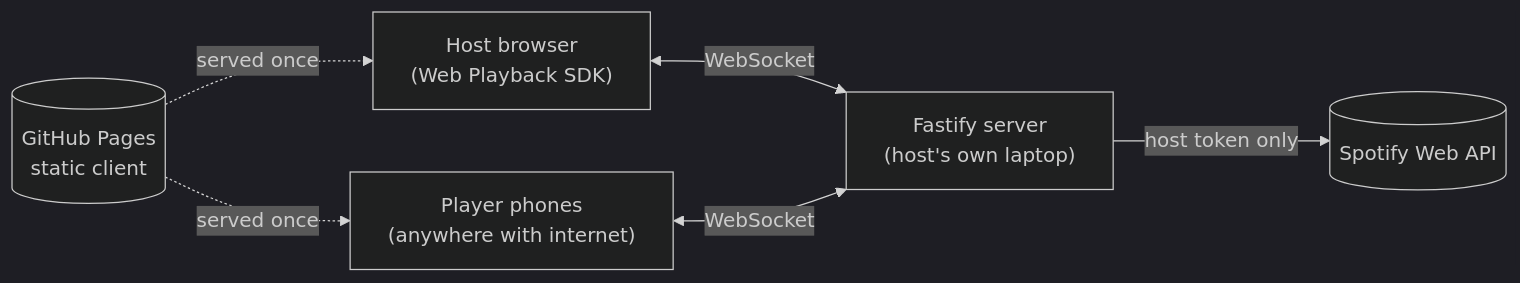
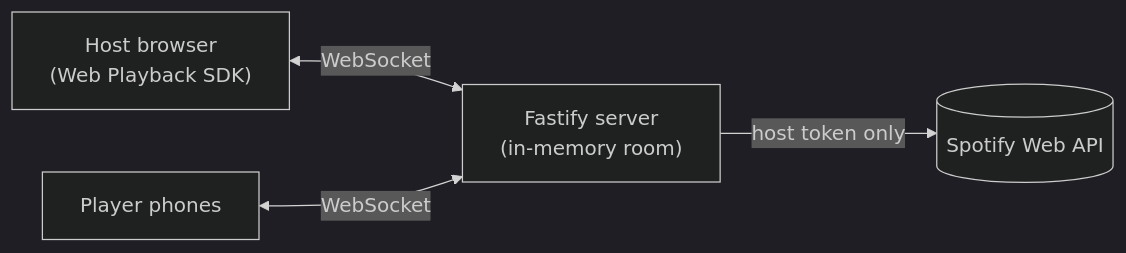
One commit to vdwolde/Song-Snitch changed the first of 2 diagrams in README.md. Above: the diagram before and after it, drawn with Mermaid (dark theme). The commit also changed other lines of this file and 23 other files, not shown here.

````diff
--- a/README.md
+++ b/README.md
@@ -79,8 +77,6 @@
 ```mermaid
 flowchart LR
-    GP[("GitHub Pages<br/>static client")] -.->|served once| H
-    GP -.->|served once| P
-    H["Host browser<br/>(Web Playback SDK)"] <-->|WebSocket| S["Fastify server<br/>(host's own laptop)"]
-    P["Player phones<br/>(anywhere with internet)"] <-->|WebSocket| S
+    H["Host browser<br/>(Web Playback SDK)"] <-->|WebSocket| S["Fastify server<br/>(in-memory room)"]
+    P["Player phones"] <-->|WebSocket| S
     S -->|host token only| SP[("Spotify Web API")]
 ```
````
